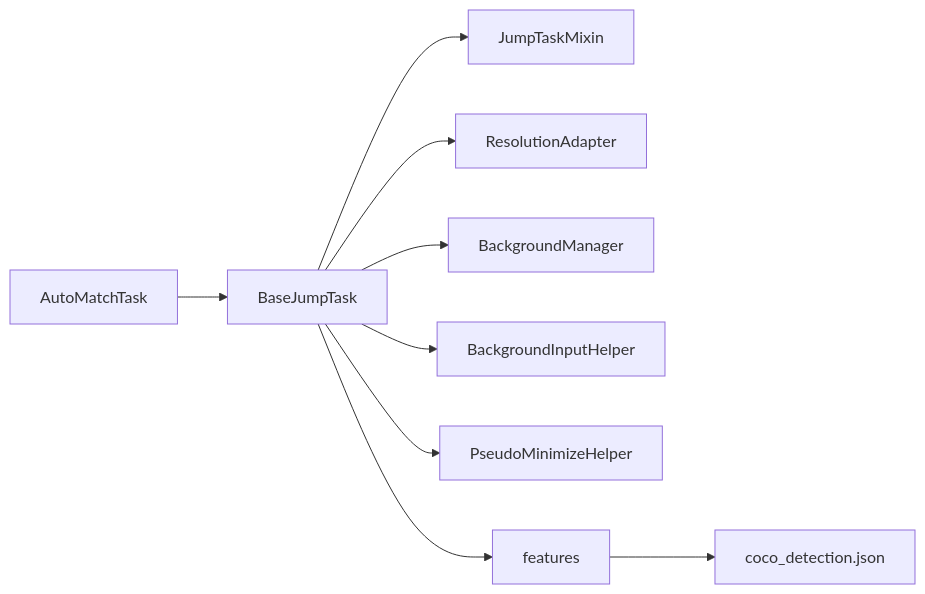
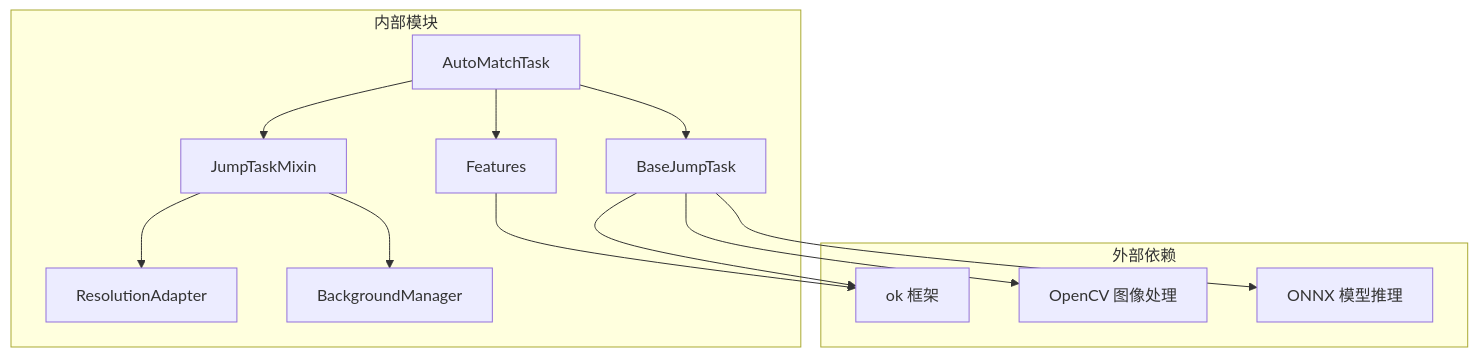
The seventh of 7 diagrams in .qoder/repowiki/zh/content/任务系统/自动匹配任务.md (xsy098-max/ok-jump), drawn with Mermaid before and after one commit. The commit also changed other lines of this file and 216 other files, not shown here.

````diff
--- a/.qoder/repowiki/zh/content/任务系统/自动匹配任务.md
+++ b/.qoder/repowiki/zh/content/任务系统/自动匹配任务.md
@@ -237,11 +280,25 @@
 ```mermaid
-graph LR
-AMT["AutoMatchTask"] --> BJT["BaseJumpTask"]
-BJT --> MIX["JumpTaskMixin"]
-BJT --> RA["ResolutionAdapter"]
-BJT --> BM["BackgroundManager"]
-BJT --> BIH["BackgroundInputHelper"]
-BJT --> PMH["PseudoMinimizeHelper"]
-BJT --> F["features"]
-F --> CD["coco_detection.json"]
+graph TB
+subgraph "外部依赖"
+OG[ok 框架]
+CV[OpenCV 图像处理]
+ONNX[ONNX 模型推理]
+end
+subgraph "内部模块"
+AMT[AutoMatchTask]
+BJT[BaseJumpTask]
+MIX[JumpTaskMixin]
+FEA[Features]
+RES[ResolutionAdapter]
+BG[BackgroundManager]
+end
+AMT --> BJT
+AMT --> MIX
+AMT --> FEA
+BJT --> OG
+BJT --> CV
+BJT --> ONNX
+MIX --> RES
+MIX --> BG
+FEA --> OG
 ```
````
